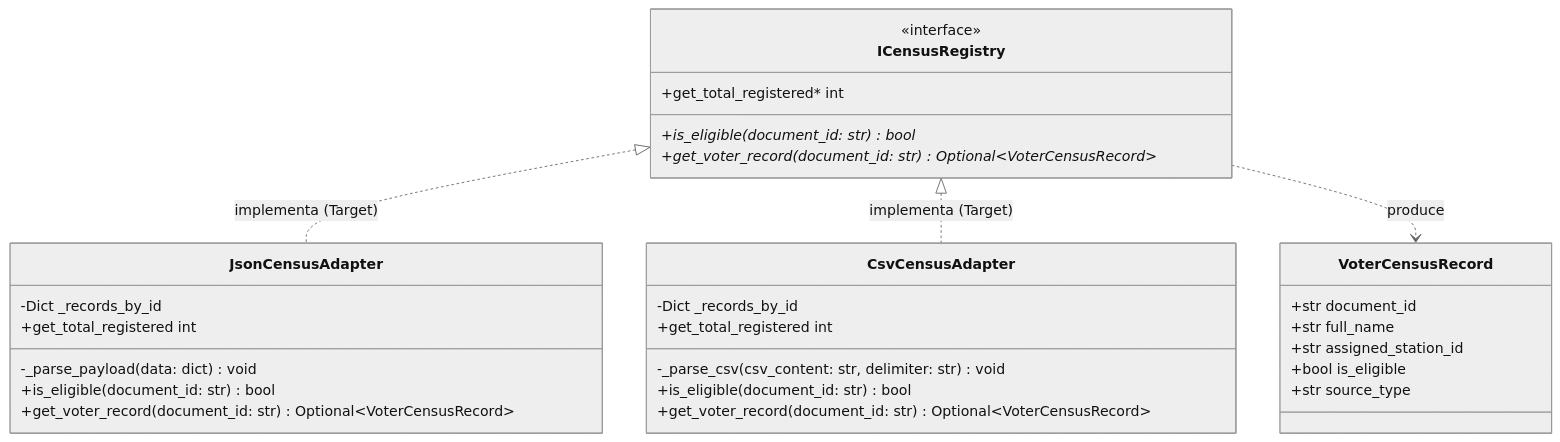
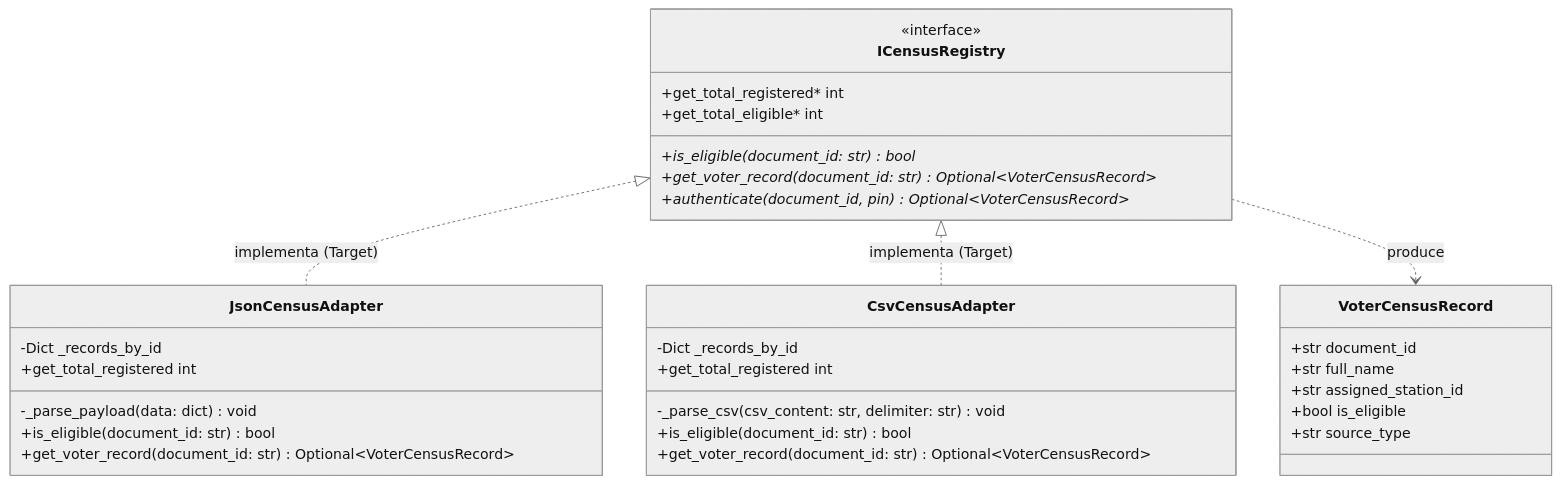
Before and after one commit to yesidexe/pdsa194: the first of 2 diagrams in docs/avances/patron_adapter_bridge.md, drawn with Mermaid (neutral theme). The commit also changed other lines of this file and 9 other files, not shown here.

````diff
--- a/docs/avances/patron_adapter_bridge.md
+++ b/docs/avances/patron_adapter_bridge.md
@@ -53,42 +53,44 @@
 ```mermaid
 classDiagram
     direction TB
 
     %% Interfaz Target
     class ICensusRegistry {
         <<interface>>
         +is_eligible(document_id: str)* bool
         +get_voter_record(document_id: str)* Optional~VoterCensusRecord~
         +get_total_registered* int
+        +get_total_eligible* int
+        +authenticate(document_id, pin)* Optional~VoterCensusRecord~
     }
 
     %% Modelo Canónico de Dominio
     class VoterCensusRecord {
         +str document_id
         +str full_name
         +str assigned_station_id
         +bool is_eligible
         +str source_type
     }
 
     %% Adaptadores Concretos (Adapter de Objeto)
     class JsonCensusAdapter {
         -Dict _records_by_id
         -_parse_payload(data: dict) void
         +is_eligible(document_id: str) bool
         +get_voter_record(document_id: str) Optional~VoterCensusRecord~
         +get_total_registered int
     }
 
     class CsvCensusAdapter {
         -Dict _records_by_id
         -_parse_csv(csv_content: str, delimiter: str) void
         +is_eligible(document_id: str) bool
         +get_voter_record(document_id: str) Optional~VoterCensusRecord~
         +get_total_registered int
     }
 
     ICensusRegistry <|.. JsonCensusAdapter : implementa (Target)
     ICensusRegistry <|.. CsvCensusAdapter : implementa (Target)
     ICensusRegistry ..> VoterCensusRecord : produce
 ```
````
